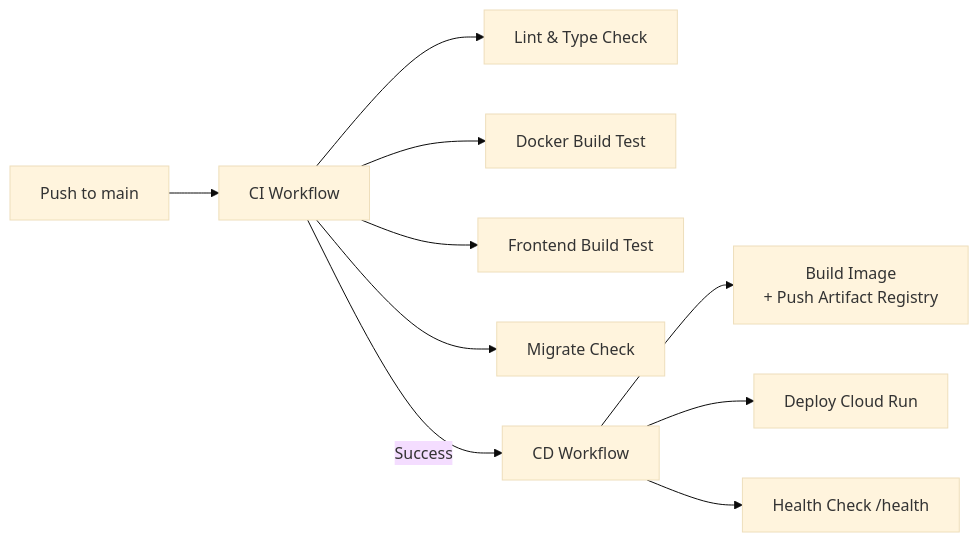
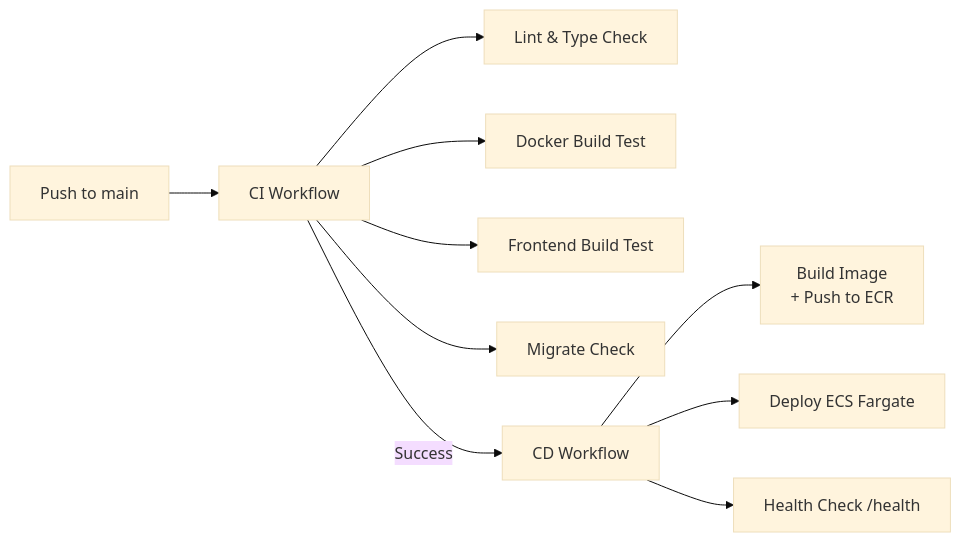
Before and after one commit to MohammedTawfikEldeeb/shopify-shopping-assistant-agent: the third of 3 diagrams in README.md, drawn with Mermaid (base theme). The commit also changed other lines of this file and 8 other files, not shown here.

````diff
--- a/README.md
+++ b/README.md
@@ -581,13 +586,13 @@
 ```mermaid
 flowchart LR
     PUSH[Push to main] --> CI[CI Workflow]
     CI --> LINT[Lint & Type Check]
     CI --> DOCKER[Docker Build Test]
     CI --> FE[Frontend Build Test]
     CI --> MIGRATE[Migrate Check]
     
     CI --> |Success| CD[CD Workflow]
-    CD --> BUILD[Build Image<br/>+ Push Artifact Registry]
-    CD --> DEPLOY[Deploy Cloud Run]
+    CD --> BUILD[Build Image<br/>+ Push to ECR]
+    CD --> DEPLOY[Deploy ECS Fargate]
     CD --> HEALTH[Health Check /health]
 ```
````
